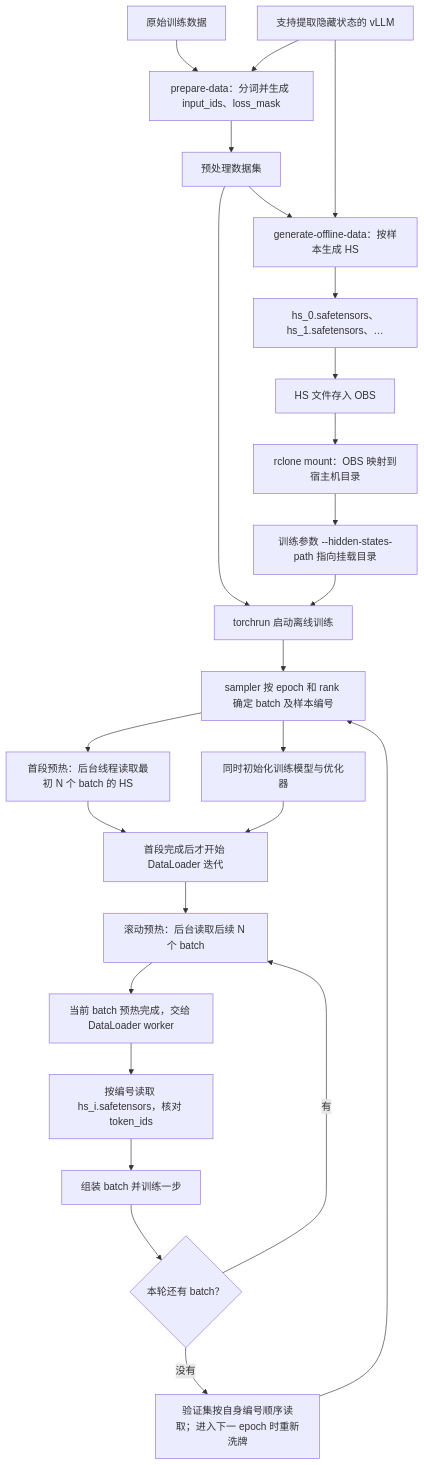
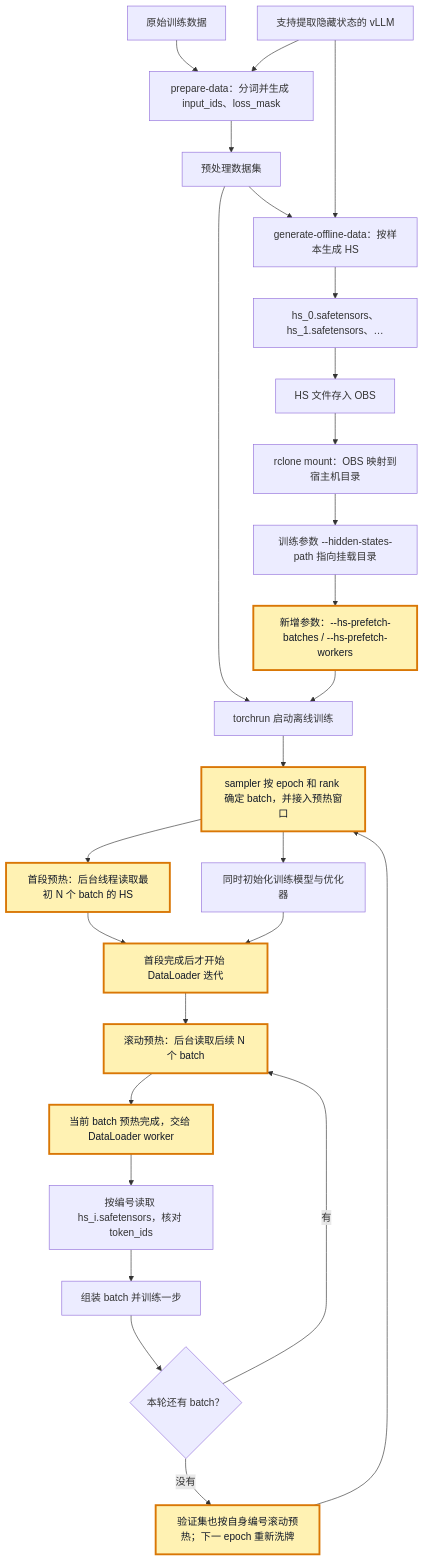
Before and after one commit to nanxingMy/speculators_hw: the first of 2 diagrams in docs/user_guide/tutorials/offline_hs_prefetch_flow.md, drawn with Mermaid. The commit also changed other lines of this file, not shown here.

Commit message:
docs: highlight offline HS prefetch changes

```diff
--- a/docs/user_guide/tutorials/offline_hs_prefetch_flow.md
+++ b/docs/user_guide/tutorials/offline_hs_prefetch_flow.md
@@ -7,27 +9,31 @@
 ~~~mermaid
 flowchart TD
     A["原始训练数据"] --> B["prepare-data：分词并生成 input_ids、loss_mask"]
     V["支持提取隐藏状态的 vLLM"] --> B
     B --> C["预处理数据集"]
     C --> D["generate-offline-data：按样本生成 HS"]
     V --> D
     D --> E["hs_0.safetensors、hs_1.safetensors、…"]
     E --> F["HS 文件存入 OBS"]
     F --> G["rclone mount：OBS 映射到宿主机目录"]
     G --> H["训练参数 --hidden-states-path 指向挂载目录"]
+    H --> H1["新增参数：--hs-prefetch-batches / --hs-prefetch-workers"]
     C --> I["torchrun 启动离线训练"]
-    H --> I
-    I --> J["sampler 按 epoch 和 rank 确定 batch 及样本编号"]
+    H1 --> I
+    I --> J["sampler 按 epoch 和 rank 确定 batch，并接入预热窗口"]
     J --> K["首段预热：后台线程读取最初 N 个 batch 的 HS"]
     J --> L["同时初始化训练模型与优化器"]
     K --> M["首段完成后才开始 DataLoader 迭代"]
     L --> M
     M --> N["滚动预热：后台读取后续 N 个 batch"]
     N --> O["当前 batch 预热完成，交给 DataLoader worker"]
     O --> P["按编号读取 hs_i.safetensors，核对 token_ids"]
     P --> Q["组装 batch 并训练一步"]
     Q --> R{"本轮还有 batch？"}
     R -- "有" --> N
-    R -- "没有" --> S["验证集按自身编号顺序读取；进入下一 epoch 时重新洗牌"]
+    R -- "没有" --> S["验证集也按自身编号滚动预热；下一 epoch 重新洗牌"]
     S --> J
+
+    classDef changed fill:#fff2b3,stroke:#d97706,stroke-width:3px,color:#111827;
+    class H1,J,K,M,N,O,S changed;
 ~~~
```
